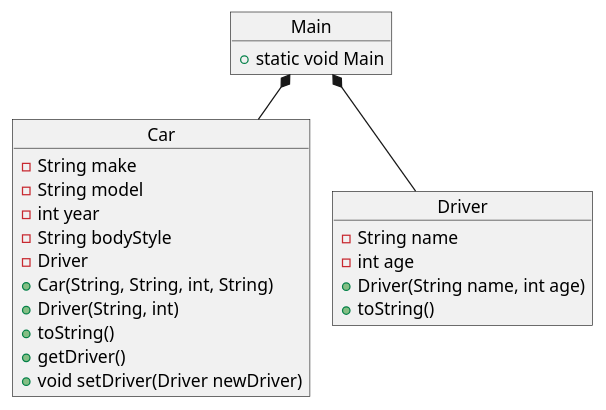
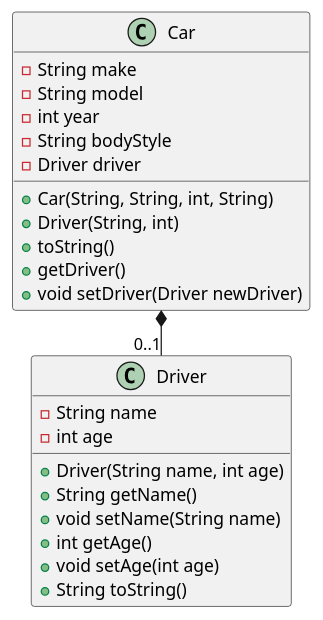
One commit to XXOlsen/Torsdagsopgaver changed the diagram in OOP1/OOP1/Documentation/CarsAndDrivers.puml. Above: the diagram before and after it, drawn with PlantUML. The commit also changed 71 other files, not shown here.

```diff
--- a/OOP1/OOP1/Documentation/CarsAndDrivers.puml
+++ b/OOP1/OOP1/Documentation/CarsAndDrivers.puml
@@ -1,37 +1,37 @@
 @startuml
 'https://plantuml.com/object-diagram
 !pragma layout smetana
 
-object Car
-object Driver
-object Main
+class Car
+class Driver
 
-Main *-- Driver
-Main *-- Car
-
-Main : + static void Main
+Car *-- "0..1" Driver
 
 Car : - String make
 Car : - String model
 Car : - int year
 Car : - String bodyStyle
-Car : - Driver
+Car : - Driver driver
 
 Car : + Car(String, String, int, String)
 Car : + Driver(String, int)
 Car : + toString()
 Car : + getDriver()
 Car : + void setDriver(Driver newDriver)
 
 Driver : - String name
 Driver : - int age
 
 Driver : + Driver(String name, int age)
-Driver : + toString()
+Driver : + String getName()
+Driver : + void setName(String name)
+Driver : + int getAge()
+Driver : + void setAge(int age)
+Driver : + String toString()
 
 
 
 
 
 
 @enduml
```
